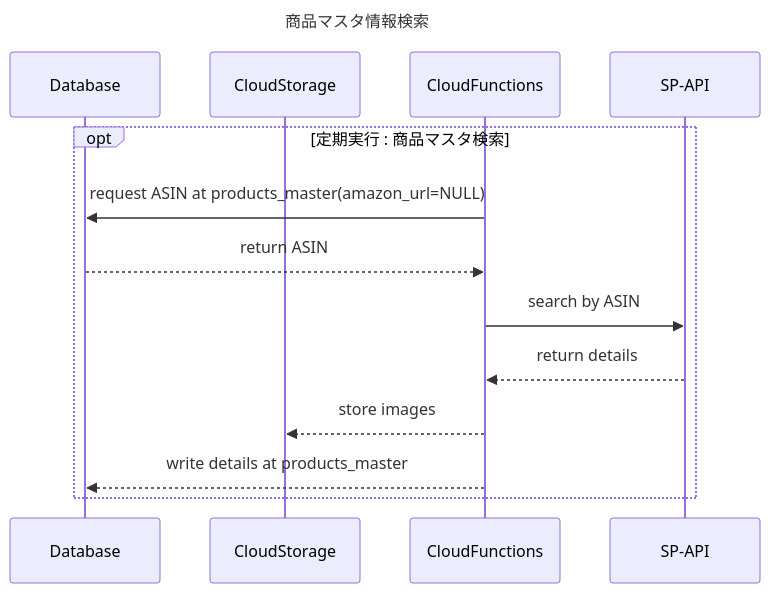
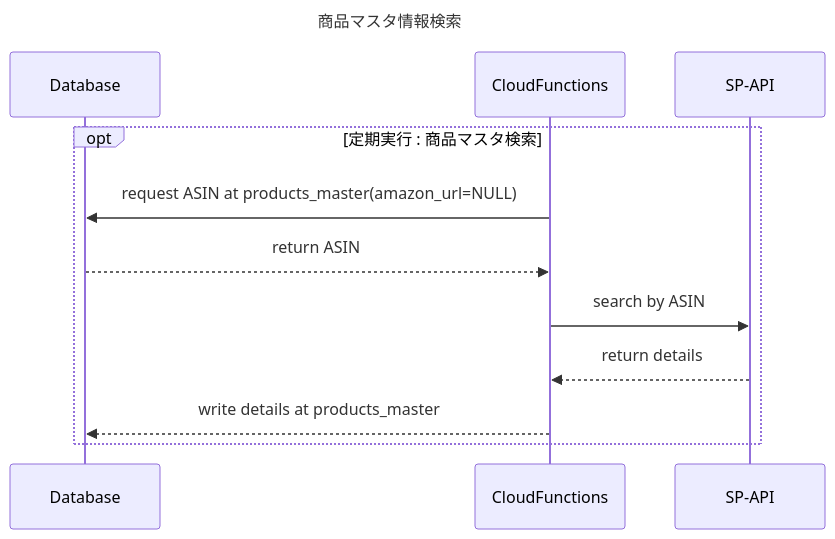
The diagram in SQ/research_SQ_get_details.md (Hanato238/ASIN_search_dev), drawn with Mermaid before and after one commit. The commit also changed 4 other files, not shown here.

Commit message:
modify architecture

````diff
--- a/SQ/research_SQ_get_details.md
+++ b/SQ/research_SQ_get_details.md
@@ -1,19 +1,17 @@
 ```mermaid
 ---
 title: '商品マスタ情報検索'
 ---
 sequenceDiagram
     participant db as Database
-    participant cs as CloudStorage
     participant cf as CloudFunctions
     participant spapi as SP-API
 
         opt 定期実行 : 商品マスタ検索
             cf ->> db : request ASIN at products_master(amazon_url=NULL)
             db -->> cf : return ASIN
             cf ->> spapi : search by ASIN
             spapi -->> cf : return details
-            cf -->> cs : store images
             cf -->> db : write details at products_master
         end
 ```
````
